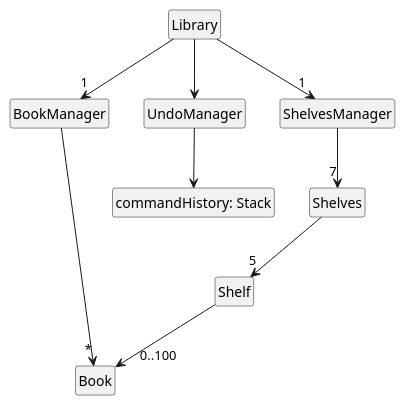
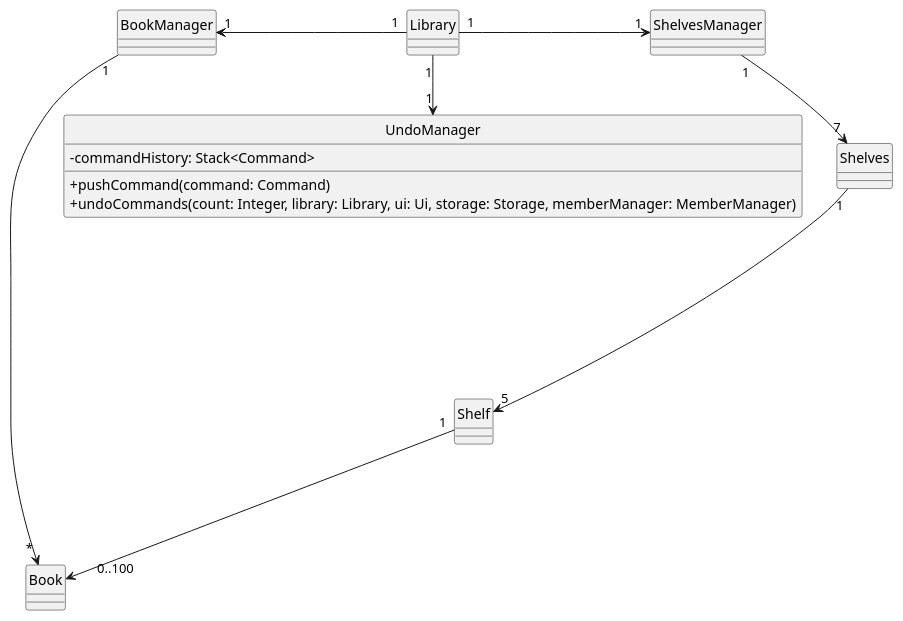
Before and after one commit to eth4n22/tp: the diagram in docs/diagrams/Library.puml, drawn with PlantUML. The commit also changed 4 other files, not shown here.

Commit message:
fixed Library class diagram and added bookManager class diagram in DG

```diff
--- a/docs/diagrams/Library.puml
+++ b/docs/diagrams/Library.puml
@@ -1,19 +1,22 @@
 @startuml
 skinparam classAttributeIconSize 0
 hide circle
-hide method
-hide field
+
+class UndoManager {
+- commandHistory: Stack<Command>
++ pushCommand(command: Command)
++ undoCommands(count: Integer, library: Library, ui: Ui, storage: Storage, memberManager: MemberManager)
+}
+
+Library  "1"-left-> "1" BookManager
+Library "1"-->"1" UndoManager
+Library "1"->"1" ShelvesManager
+
+ShelvesManager "1"-->"   7" Shelves
+Shelves "1"----> "5" Shelf
+Shelf "1"--->"       0..100" Book
+
+BookManager "1"----->"       *" Book
 
 
-Library -->"1" BookManager
-Library --> UndoManager
-Library -->"1" ShelvesManager
-
-ShelvesManager -->"7" Shelves
-Shelves --> "5" Shelf
-Shelf -->"     0..100" Book
-
-BookManager ----> "*" Book
-UndoManager --> "commandHistory: Stack"
-
 @enduml
```
